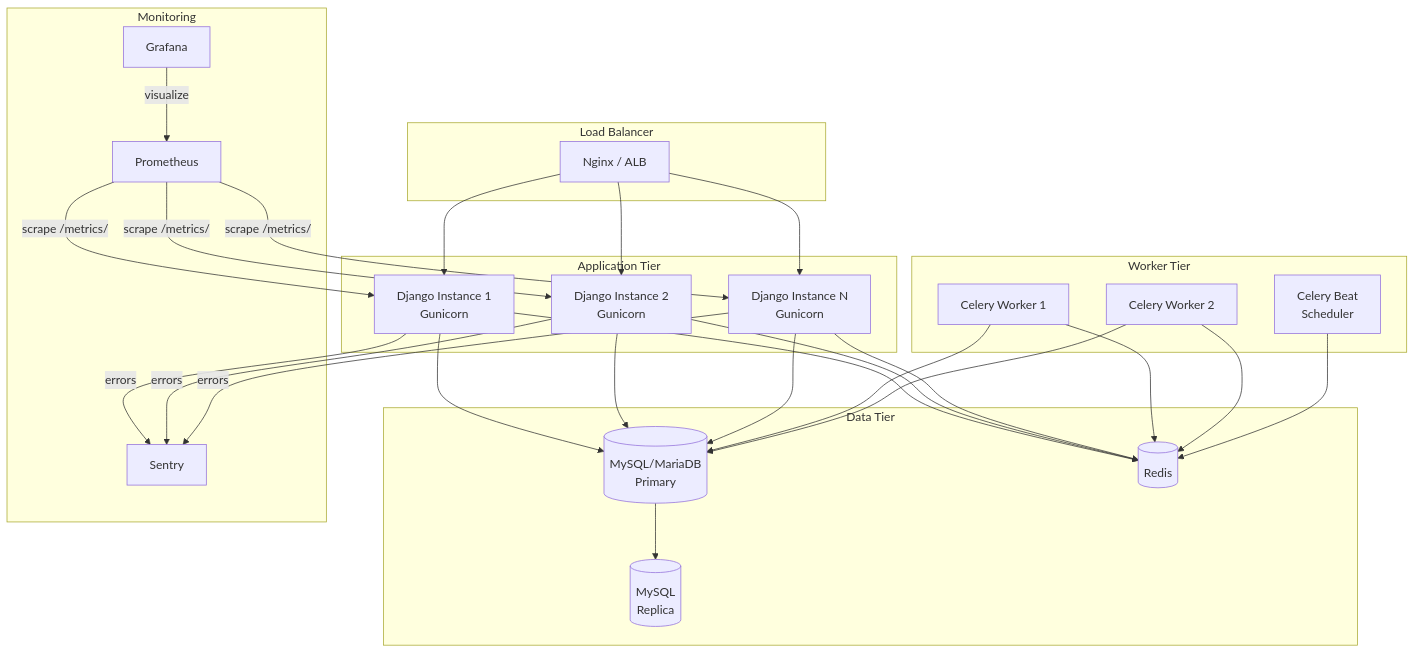
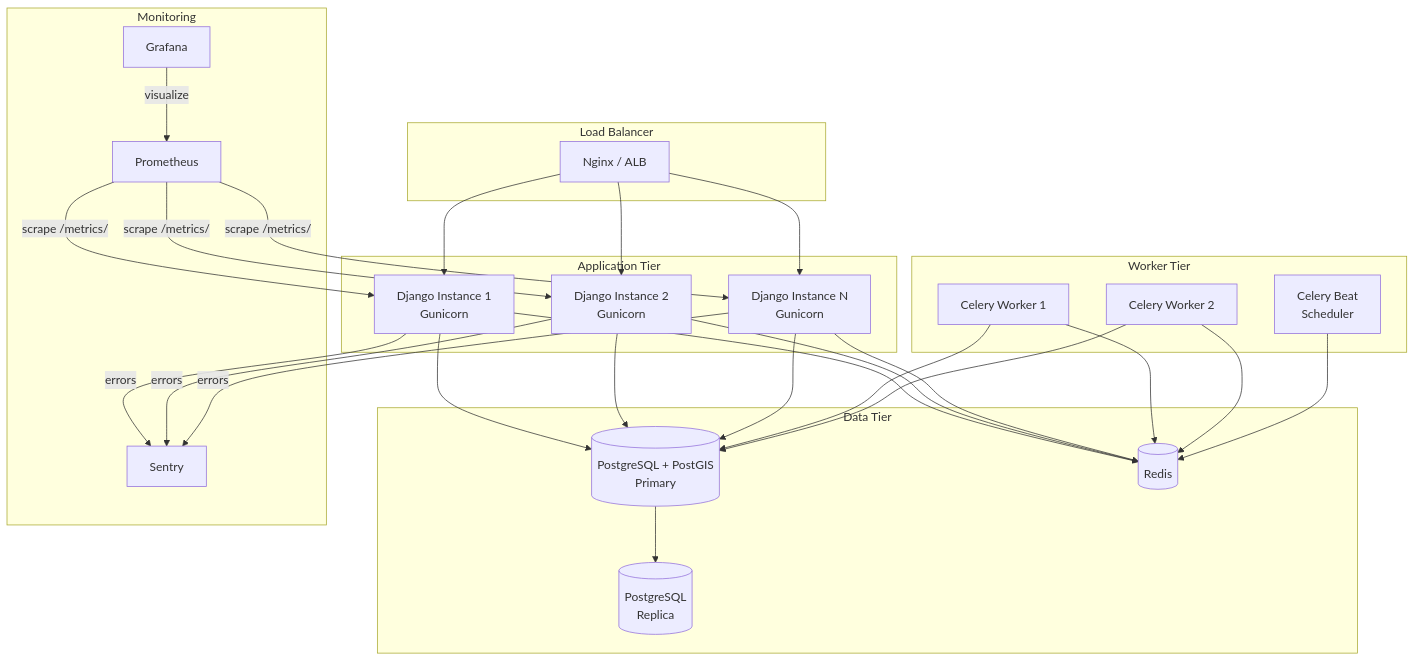
One commit to kaled182/provemaps_beta changed the ninth of 10 diagrams in doc/architecture/OVERVIEW.md. Above: the diagram before and after it, drawn with Mermaid. The commit also changed other lines of this file and 44 other files, not shown here.

````diff
--- a/doc/architecture/OVERVIEW.md
+++ b/doc/architecture/OVERVIEW.md
@@ -486,57 +496,57 @@
 ```mermaid
 graph TD
     subgraph "Load Balancer"
         LB[Nginx / ALB]
     end
     
     subgraph "Application Tier"
         A1[Django Instance 1<br/>Gunicorn]
         A2[Django Instance 2<br/>Gunicorn]
         A3[Django Instance N<br/>Gunicorn]
     end
     
     subgraph "Worker Tier"
         W1[Celery Worker 1]
         W2[Celery Worker 2]
         B[Celery Beat<br/>Scheduler]
     end
     
     subgraph "Data Tier"
-        DB[(MySQL/MariaDB<br/>Primary)]
-        DBS[(MySQL<br/>Replica)]
+        DB[(PostgreSQL + PostGIS<br/>Primary)]
+        DBS[(PostgreSQL<br/>Replica)]
         REDIS[(Redis)]
     end
     
     subgraph "Monitoring"
         PROM[Prometheus]
         GRAF[Grafana]
         SENT[Sentry]
     end
     
     LB --> A1
     LB --> A2
     LB --> A3
     
     A1 --> DB
     A2 --> DB
     A3 --> DB
     A1 --> REDIS
     A2 --> REDIS
     A3 --> REDIS
     
     W1 --> DB
     W2 --> DB
     W1 --> REDIS
     W2 --> REDIS
     B --> REDIS
     
     DB --> DBS
     
     PROM -->|scrape /metrics/| A1
     PROM -->|scrape /metrics/| A2
     PROM -->|scrape /metrics/| A3
     GRAF -->|visualize| PROM
     A1 -->|errors| SENT
     A2 -->|errors| SENT
     A3 -->|errors| SENT
 ```
````
